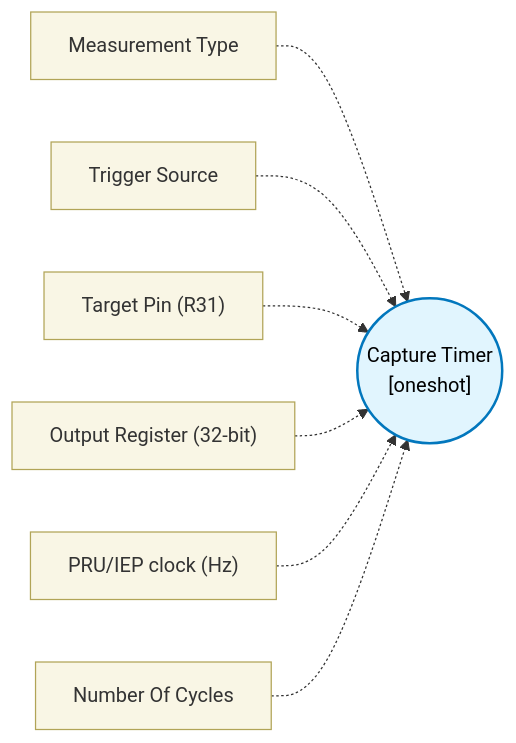
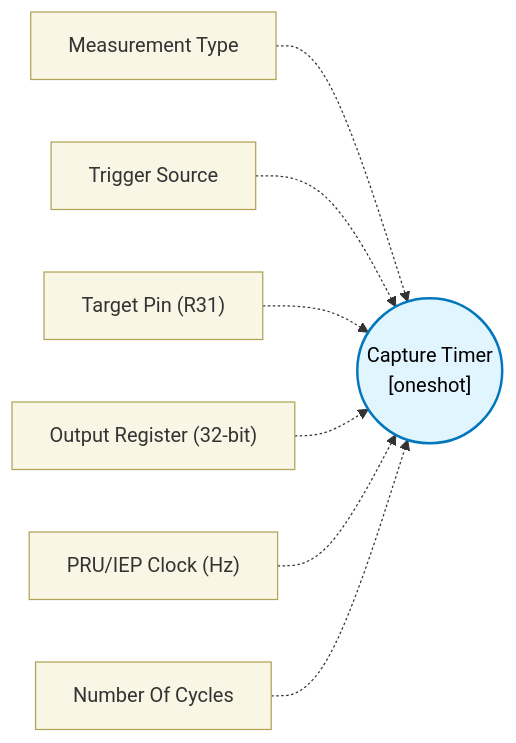
Before and after one commit to TexasInstruments/pru-no-code-tool: the diagram in docs/block-reference/blocks/capture_block/design.md, drawn with Mermaid. The commit also changed other lines of this file and 89 other files, not shown here.

````diff
--- a/docs/block-reference/blocks/capture_block/design.md
+++ b/docs/block-reference/blocks/capture_block/design.md
@@ -11,12 +11,12 @@
 ```mermaid
 flowchart LR
   classDef config fill:#f9f6e5,stroke:#b1a457,stroke-width:1px,color:#333;
   classDef core fill:#e1f5fe,stroke:#0277bd,stroke-width:2px,color:#000;
   CORE(("Capture Timer\n[oneshot]")):::core
   CFG0["Measurement Type"]:::config -.-> CORE
   CFG1["Trigger Source"]:::config -.-> CORE
   CFG2["Target Pin (R31)"]:::config -.-> CORE
   CFG3["Output Register (32-bit)"]:::config -.-> CORE
-  CFG4["PRU/IEP clock (Hz)"]:::config -.-> CORE
+  CFG4["PRU/IEP Clock (Hz)"]:::config -.-> CORE
   CFG5["Number Of Cycles"]:::config -.-> CORE
 ```
````
